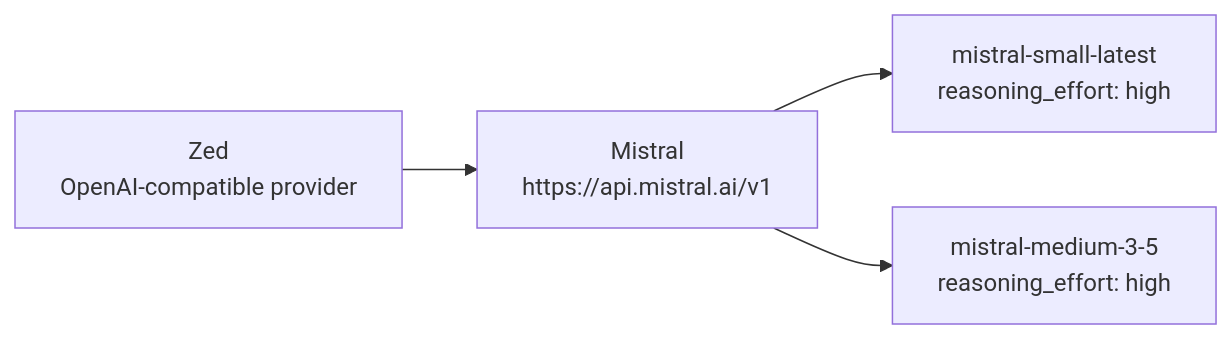
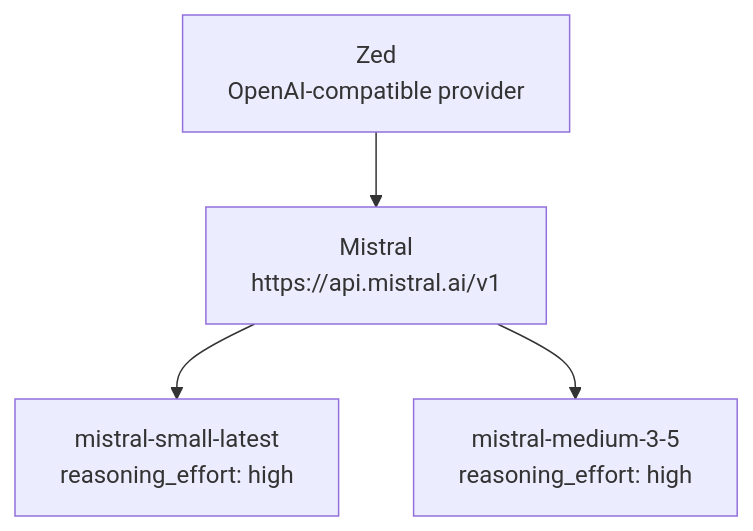
One commit to fradav/miashs-2026-2027-advanced-programming changed the third of 3 diagrams in prerequisites.qmd. Above: the diagram before and after it, drawn with Mermaid. The commit also changed 2 other files, not shown here.

Commit message:
improve diagram readability, switch overview to LR and Mistral to TD in prerequisites

````diff
--- a/prerequisites.qmd
+++ b/prerequisites.qmd
@@ -154,6 +154,6 @@
 ```{mermaid}
-flowchart LR
+flowchart TD
     Z[Zed<br>OpenAI-compatible provider] --> M[Mistral<br>https://api.mistral.ai/v1]
     M --> S[mistral-small-latest<br>reasoning_effort: high]
     M --> D[mistral-medium-3-5<br>reasoning_effort: high]
 ```
````
